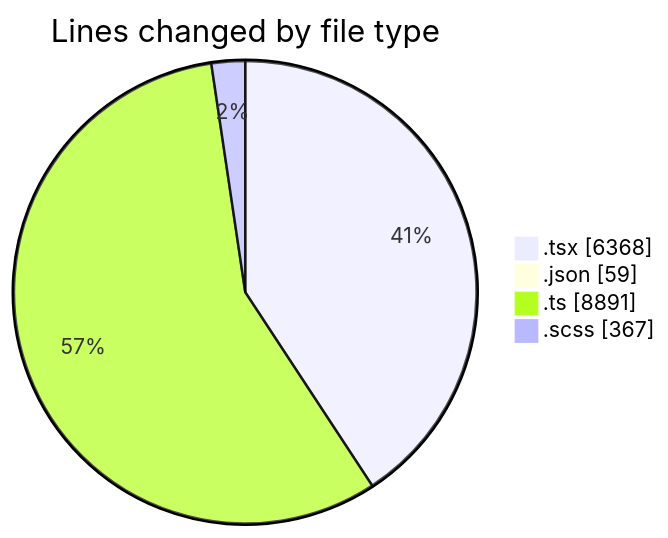
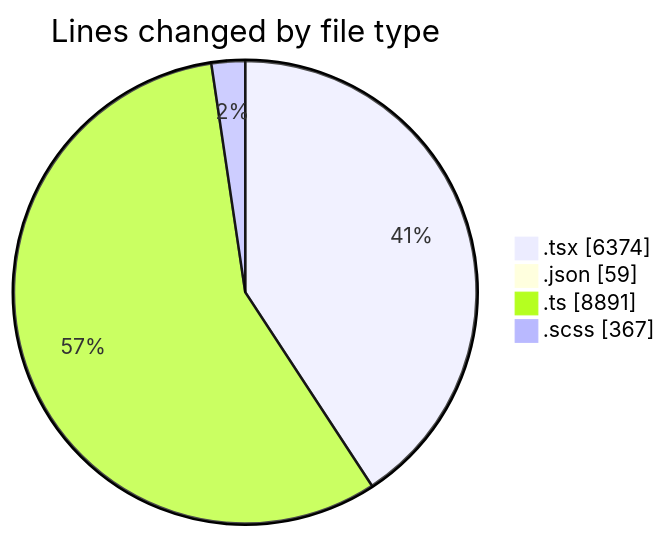
The first of 2 diagrams in 2025-11-24/cda/README.md (momahboobian/code-tracking), drawn with Mermaid before and after one commit. The commit also changed other lines of this file and 1 other file, not shown here.

````diff
--- a/2025-11-24/cda/README.md
+++ b/2025-11-24/cda/README.md
@@ -39,8 +39,8 @@
 ```mermaid
 pie showData
 title Lines changed by file type
-".tsx" : 6368
+".tsx" : 6374
 ".json" : 59
 ".ts" : 8891
 ".scss" : 367
 ```
````
